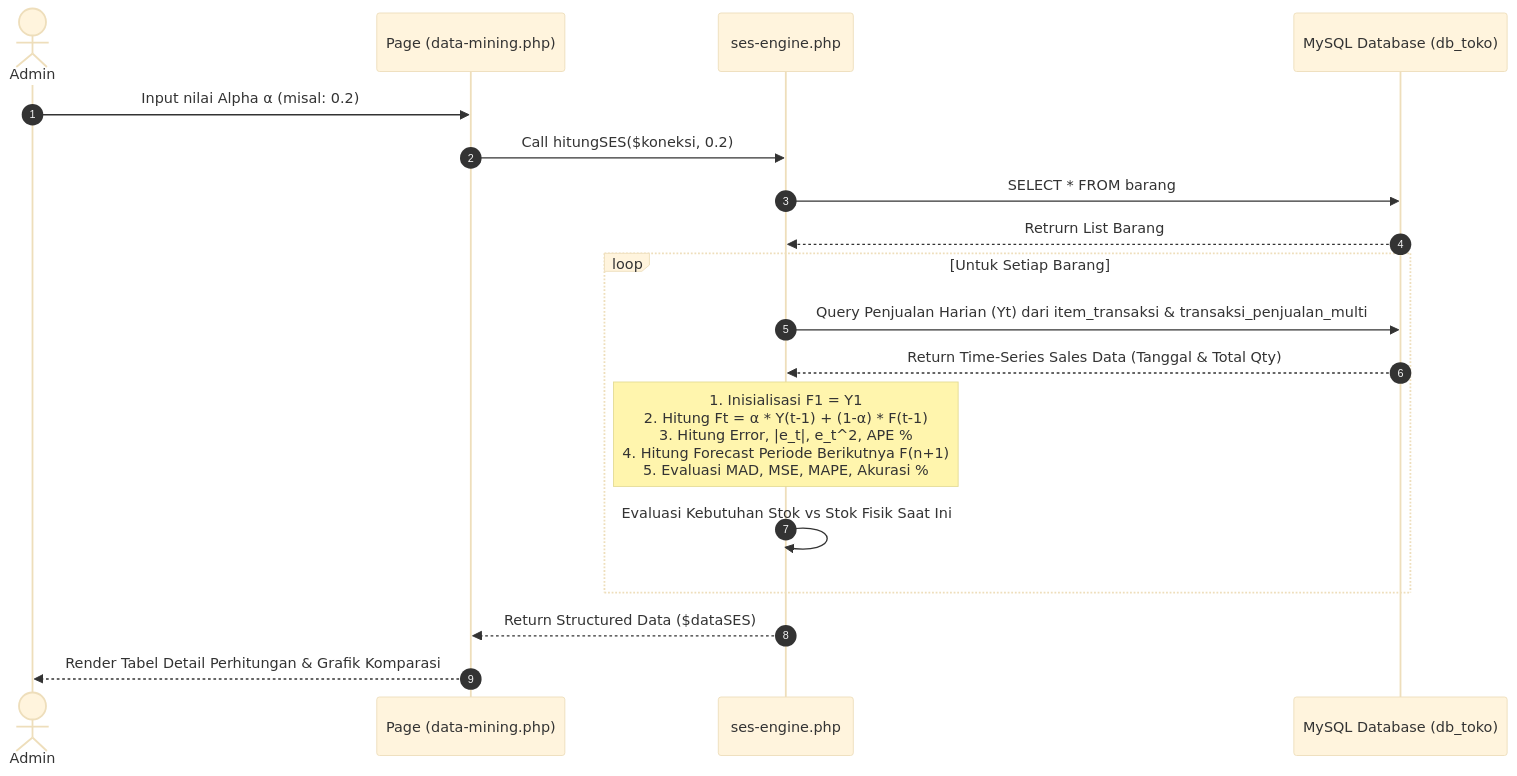
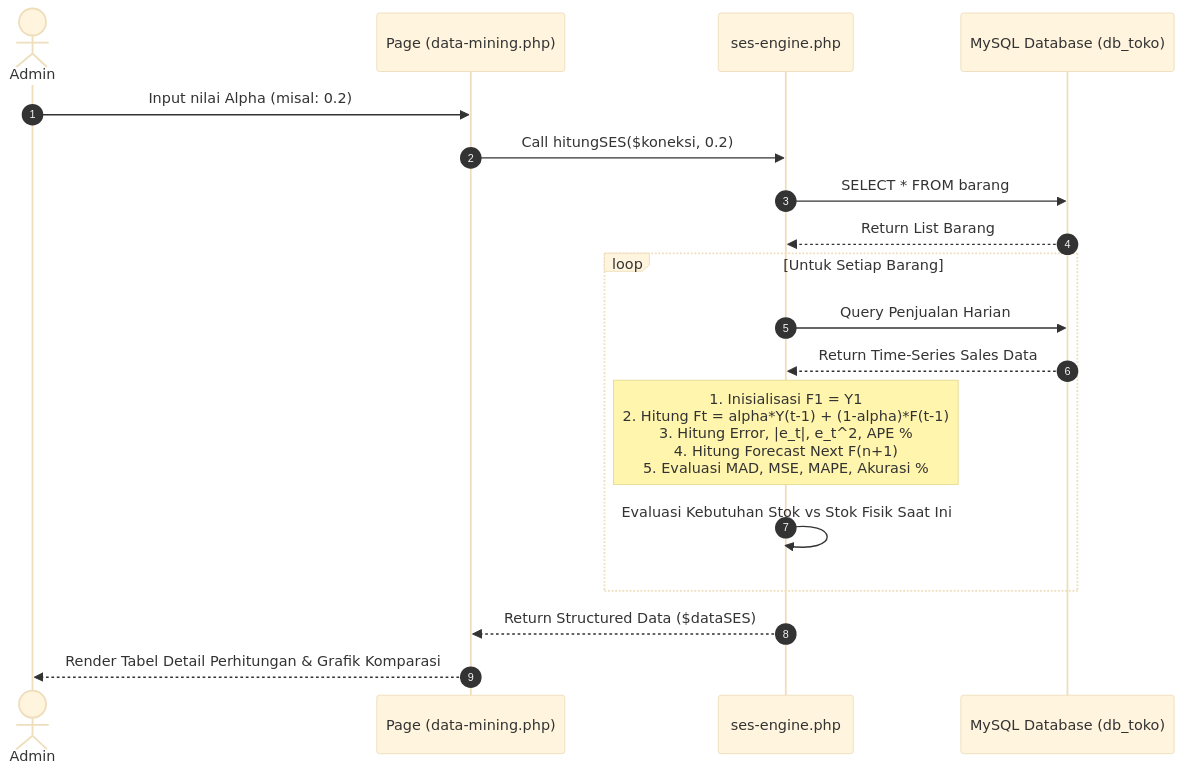
One commit to Ikhwn01/Toko-Ikhwan-Grogol changed the second of 3 diagrams in portfolio-assets/architecture-diagram.md. Above: the diagram before and after it, drawn with Mermaid (base theme). The commit also changed other lines of this file, not shown here.

Commit message:
fix: update Mermaid syntax in architecture-diagram.md for GitHub rich display rendering

````diff
--- a/portfolio-assets/architecture-diagram.md
+++ b/portfolio-assets/architecture-diagram.md
@@ -44,25 +44,25 @@
 ```mermaid
 sequenceDiagram
     autonumber
-    actor Admin
+    actor Admin as Admin
     participant UI as Page (data-mining.php)
     participant Engine as ses-engine.php
     participant DB as MySQL Database (db_toko)
 
-    Admin->>UI: Input nilai Alpha α (misal: 0.2)
+    Admin->>UI: Input nilai Alpha (misal: 0.2)
     UI->>Engine: Call hitungSES($koneksi, 0.2)
     Engine->>DB: SELECT * FROM barang
-    DB-->>Engine: Retrurn List Barang
+    DB-->>Engine: Return List Barang
 
     loop Untuk Setiap Barang
-        Engine->>DB: Query Penjualan Harian (Yt) dari item_transaksi & transaksi_penjualan_multi
-        DB-->>Engine: Return Time-Series Sales Data (Tanggal & Total Qty)
+        Engine->>DB: Query Penjualan Harian
+        DB-->>Engine: Return Time-Series Sales Data
         
-        Note over Engine: 1. Inisialisasi F1 = Y1<br/>2. Hitung Ft = α * Y(t-1) + (1-α) * F(t-1)<br/>3. Hitung Error, |e_t|, e_t^2, APE %<br/>4. Hitung Forecast Periode Berikutnya F(n+1)<br/>5. Evaluasi MAD, MSE, MAPE, Akurasi %
+        Note over Engine: 1. Inisialisasi F1 = Y1<br/>2. Hitung Ft = alpha*Y(t-1) + (1-alpha)*F(t-1)<br/>3. Hitung Error, |e_t|, e_t^2, APE %<br/>4. Hitung Forecast Next F(n+1)<br/>5. Evaluasi MAD, MSE, MAPE, Akurasi %
         
         Engine->>Engine: Evaluasi Kebutuhan Stok vs Stok Fisik Saat Ini
     end
 
     Engine-->>UI: Return Structured Data ($dataSES)
     UI-->>Admin: Render Tabel Detail Perhitungan & Grafik Komparasi
 ```
````
